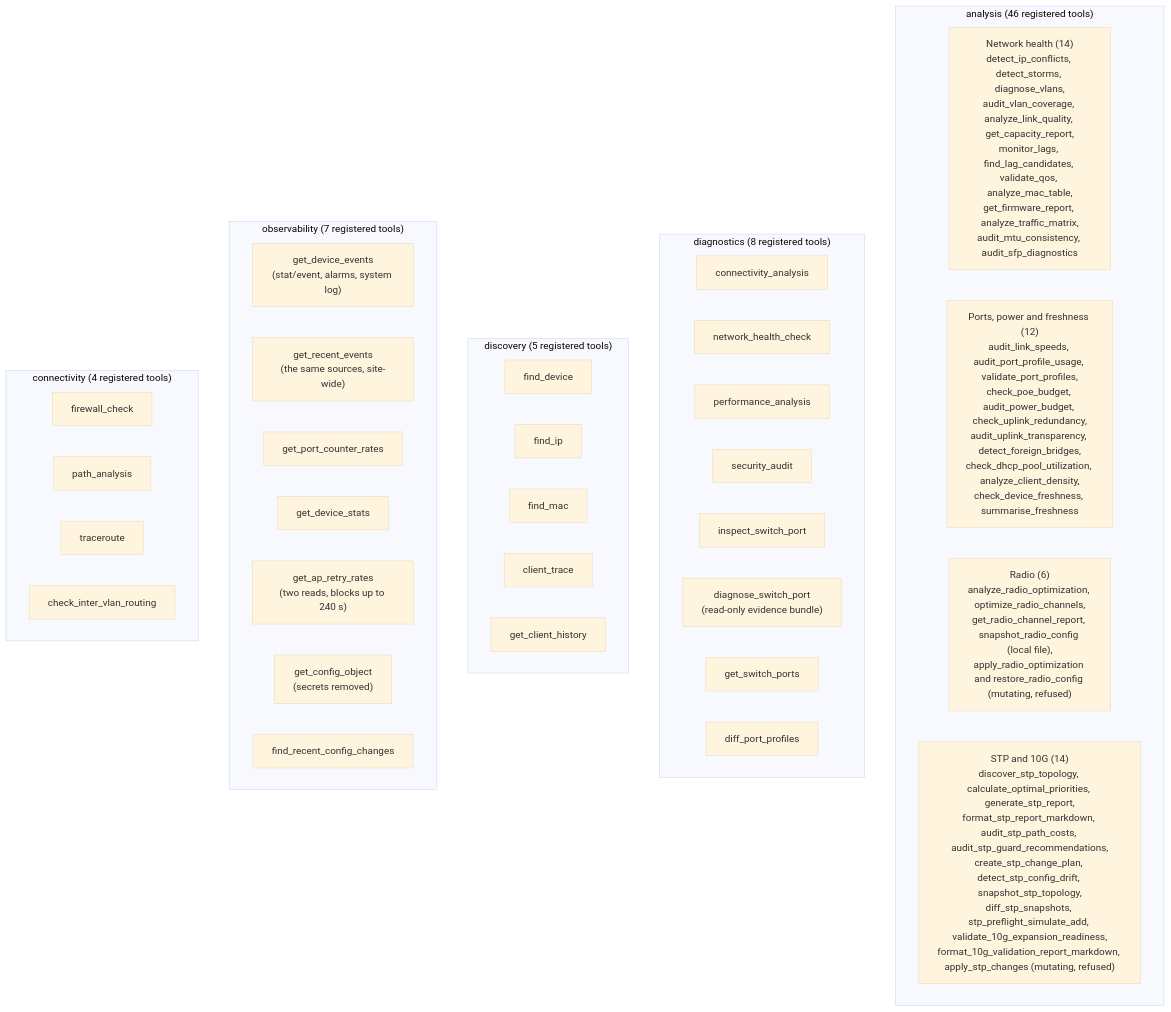
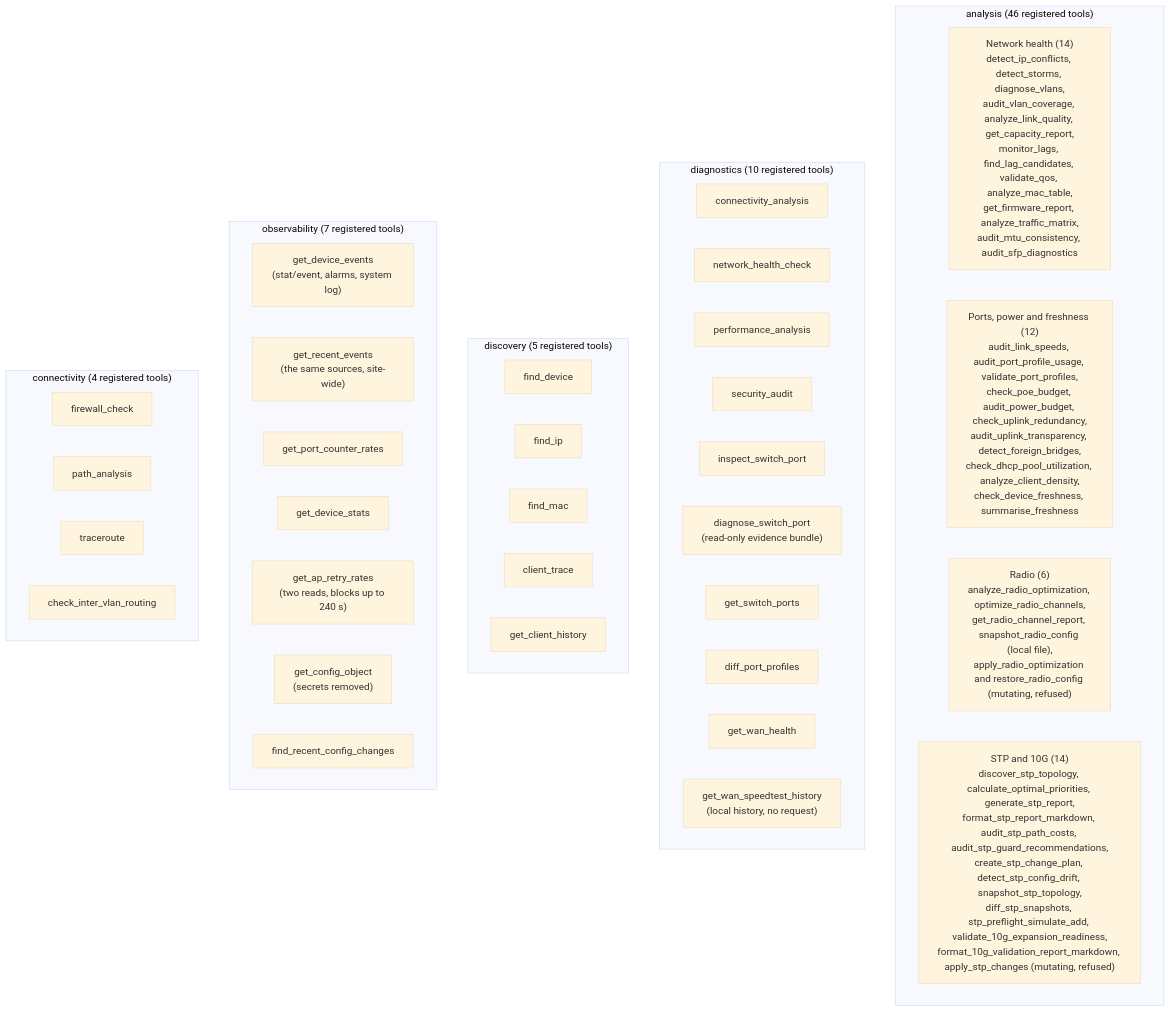
One commit to NetDevAutomate/unifi_management_cli changed the fifth of 21 diagrams in docs/architecture/architecture-overview.md. Above: the diagram before and after it, drawn with Mermaid (base theme). The commit also changed other lines of this file and 17 other files, not shown here.

````diff
--- a/docs/architecture/architecture-overview.md
+++ b/docs/architecture/architecture-overview.md
@@ -504,46 +506,48 @@
 ```mermaid
 graph TD
     subgraph analysis["analysis (46 registered tools)"]
         direction LR
         H["Network health (14)\ndetect_ip_conflicts, detect_storms, diagnose_vlans,\naudit_vlan_coverage, analyze_link_quality, get_capacity_report,\nmonitor_lags, find_lag_candidates, validate_qos, analyze_mac_table,\nget_firmware_report, analyze_traffic_matrix,\naudit_mtu_consistency, audit_sfp_diagnostics"]
         P["Ports, power and freshness (12)\naudit_link_speeds, audit_port_profile_usage, validate_port_profiles,\ncheck_poe_budget, audit_power_budget, check_uplink_redundancy,\naudit_uplink_transparency, detect_foreign_bridges,\ncheck_dhcp_pool_utilization, analyze_client_density,\ncheck_device_freshness, summarise_freshness"]
         R["Radio (6)\nanalyze_radio_optimization, optimize_radio_channels,\nget_radio_channel_report, snapshot_radio_config (local file),\napply_radio_optimization and restore_radio_config (mutating, refused)"]
         S["STP and 10G (14)\ndiscover_stp_topology, calculate_optimal_priorities, generate_stp_report,\nformat_stp_report_markdown, audit_stp_path_costs, audit_stp_guard_recommendations,\ncreate_stp_change_plan, detect_stp_config_drift, snapshot_stp_topology,\ndiff_stp_snapshots, stp_preflight_simulate_add, validate_10g_expansion_readiness,\nformat_10g_validation_report_markdown, apply_stp_changes (mutating, refused)"]
     end
 
-    subgraph diagnostics["diagnostics (8 registered tools)"]
+    subgraph diagnostics["diagnostics (10 registered tools)"]
         D1["connectivity_analysis"]
         D2["network_health_check"]
         D3["performance_analysis"]
         D4["security_audit"]
         D5["inspect_switch_port"]
         D6["diagnose_switch_port\n(read-only evidence bundle)"]
         D7["get_switch_ports"]
         D8["diff_port_profiles"]
+        D9["get_wan_health"]
+        D10["get_wan_speedtest_history\n(local history, no request)"]
     end
 
     subgraph discovery["discovery (5 registered tools)"]
         DS1["find_device"]
         DS2["find_ip"]
         DS3["find_mac"]
         DS4["client_trace"]
         DS5["get_client_history"]
     end
 
     subgraph observability["observability (7 registered tools)"]
         O1["get_device_events\n(stat/event, alarms, system log)"]
         O7["get_recent_events\n(the same sources, site-wide)"]
         O2["get_port_counter_rates"]
         O3["get_device_stats"]
         O4["get_ap_retry_rates\n(two reads, blocks up to 240 s)"]
         O5["get_config_object\n(secrets removed)"]
         O6["find_recent_config_changes"]
     end
 
     subgraph connectivity["connectivity (4 registered tools)"]
         C1["firewall_check"]
         C2["path_analysis"]
         C3["traceroute"]
         C4["check_inter_vlan_routing"]
     end
 ```
````
